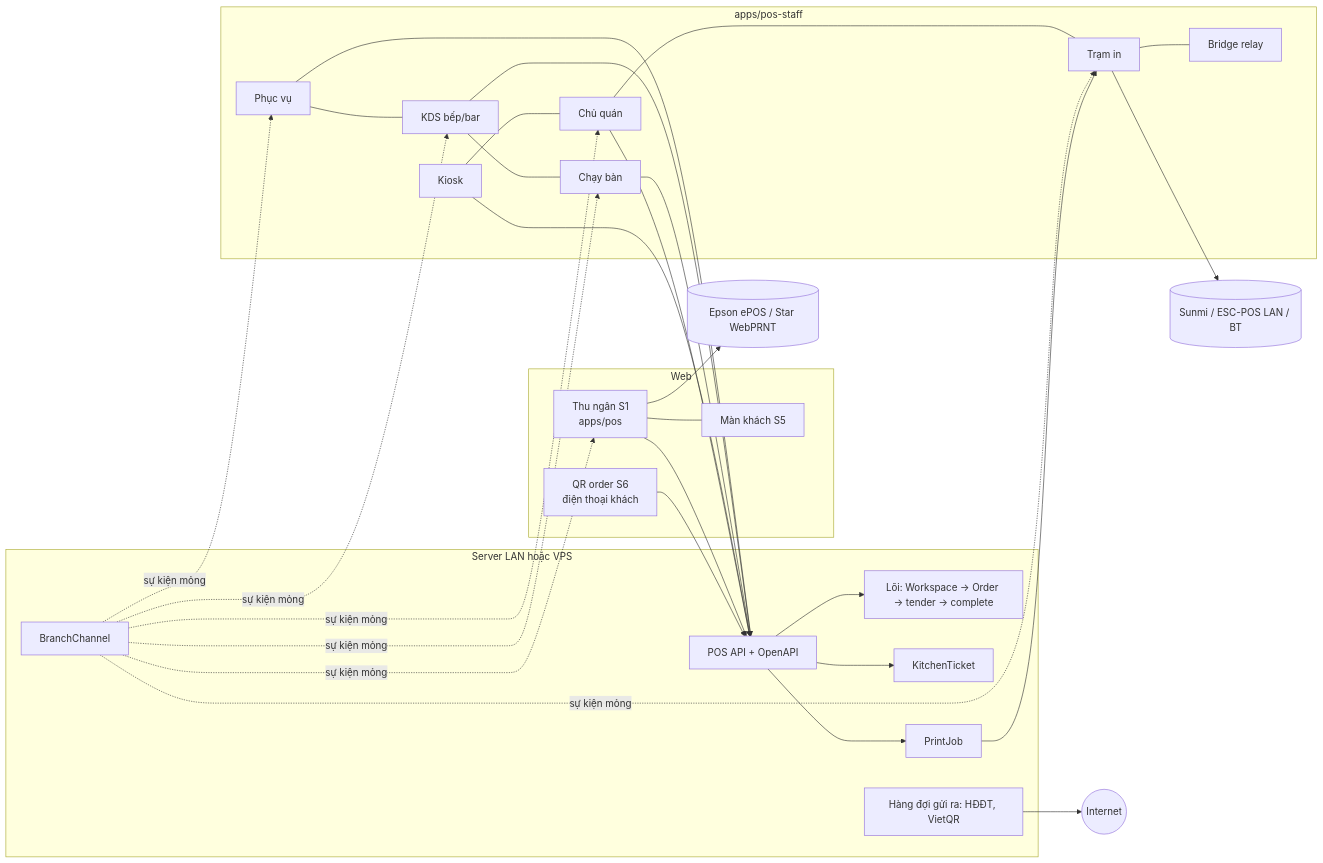
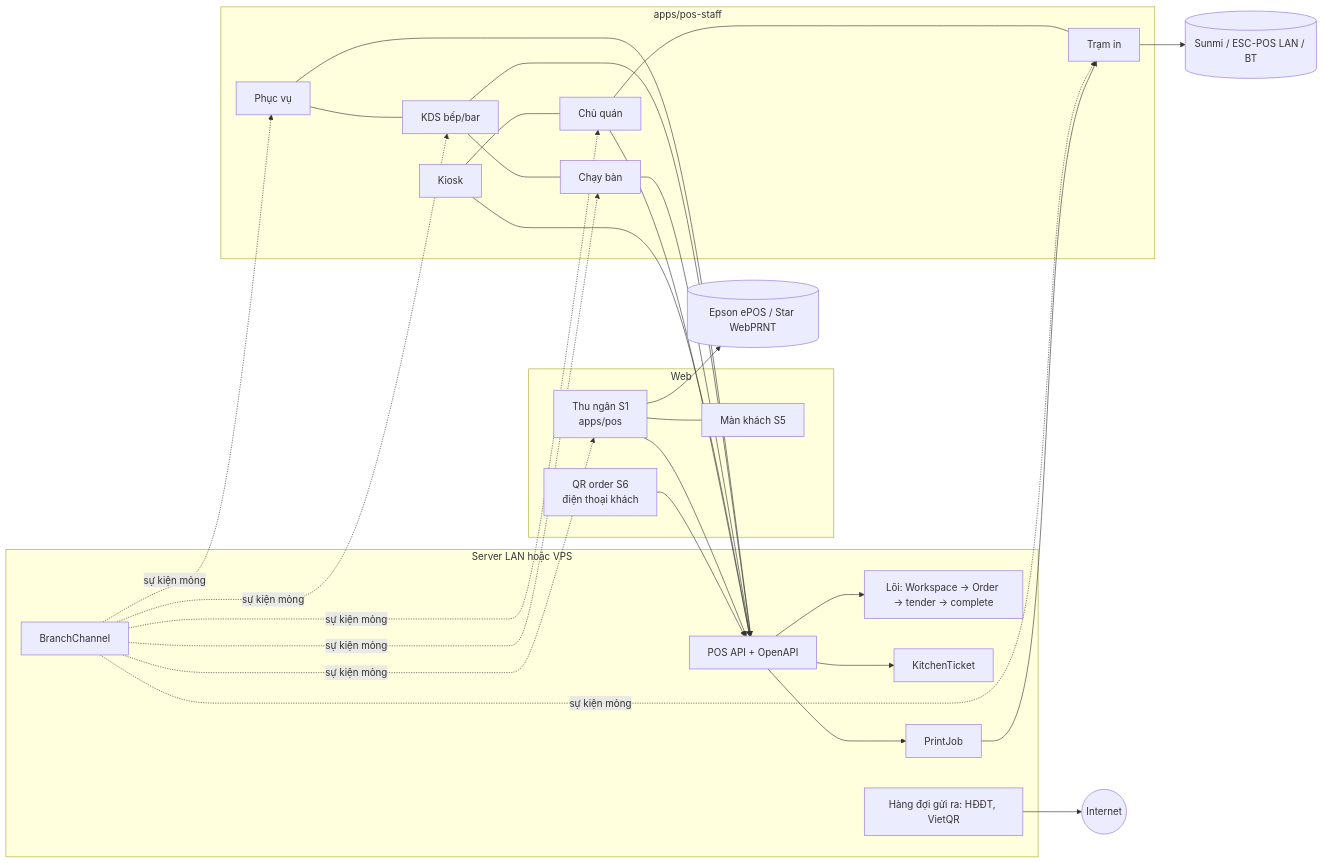
One commit to compasify/parkviet changed the diagram in plans/261109-1812-pos-fnb-giai-tri/plan.md. Above: the diagram before and after it, drawn with Mermaid. The commit also changed other lines of this file and 3 other files, not shown here.

````diff
--- a/plans/261109-1812-pos-fnb-giai-tri/plan.md
+++ b/plans/261109-1812-pos-fnb-giai-tri/plan.md
@@ -103,23 +103,23 @@
 ```mermaid
 flowchart LR
   subgraph Web
     S1[Thu ngân S1<br/>apps/pos] --- S5[Màn khách S5]
     S6[QR order S6<br/>điện thoại khách]
   end
   subgraph Flutter[apps/pos-staff]
     S2[Phục vụ] --- S3[KDS bếp/bar] --- S4[Chạy bàn]
-    S7[Kiosk] --- S8[Chủ quán] --- PS[Trạm in] --- BR[Bridge relay]
+    S7[Kiosk] --- S8[Chủ quán] --- PS[Trạm in]
   end
   subgraph Server[Server LAN hoặc VPS]
     API[POS API + OpenAPI] --> CORE[Lõi: Workspace → Order → tender → complete]
     API --> KT[KitchenTicket]
     API --> PJ[PrintJob]
     RT[BranchChannel]
     OUT[Hàng đợi gửi ra: HĐĐT, VietQR]
   end
   S1 & S2 & S3 & S4 & S7 & S8 & S6 --> API
   RT -. sự kiện mỏng .-> S1 & S2 & S3 & S4 & S8 & PS
   PJ --> PS --> P[(Sunmi / ESC-POS LAN / BT)]
   S1 --> EP[(Epson ePOS / Star WebPRNT)]
   OUT --> NET((Internet))
 ```
````
